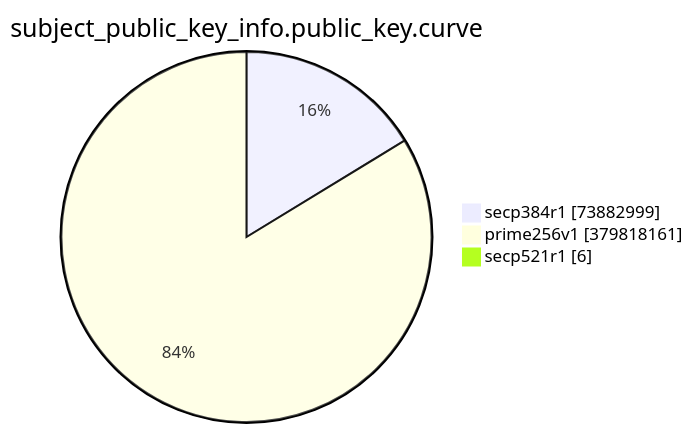
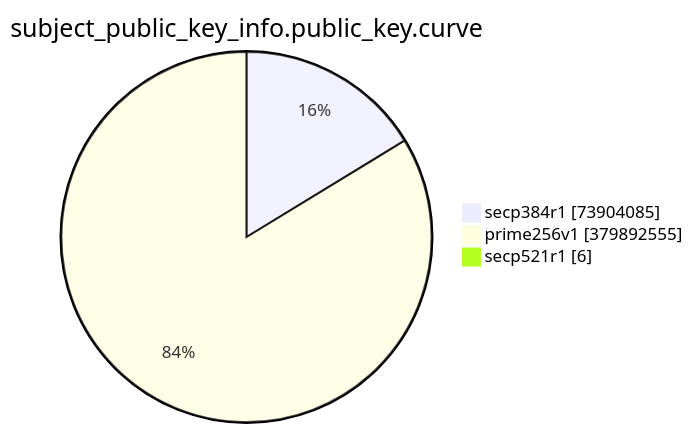
The eighth of 15 diagrams in TOTAL/README.md (christiankrug/ctmonitor_visualization), drawn with Mermaid before and after one commit. The commit also changed other lines of this file, not shown here.

````diff
--- a/TOTAL/README.md
+++ b/TOTAL/README.md
@@ -3094,7 +3094,7 @@
 ```mermaid
 pie showData
 title subject_public_key_info.public_key.curve
-"secp384r1" :73882999
-"prime256v1" :379818161
+"secp384r1" :73904085
+"prime256v1" :379892555
 "secp521r1" :6
 ```
````
